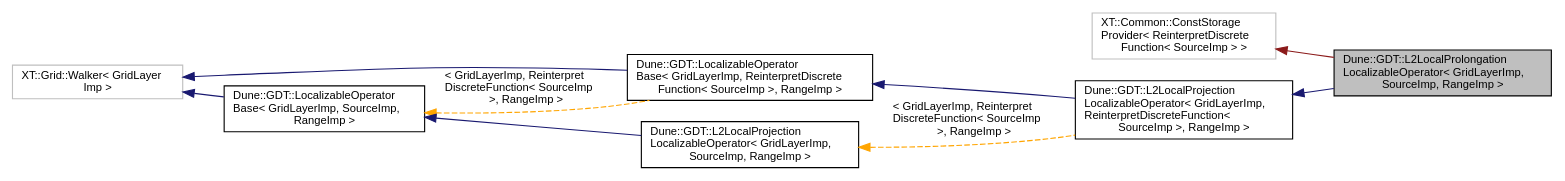
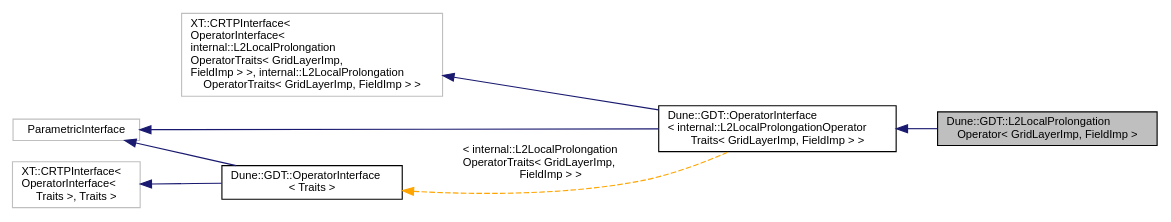
One commit to dune-community/dune-community.github.io changed the diagram in docs/dune-gdt/master/a02356.dot. Above: the diagram before and after it, drawn with Graphviz. The commit also changed 1982 other files, not shown here.

Commit message:
Updated documentation for dune-gdt master

```diff
--- a/docs/dune-gdt/master/a02356.dot
+++ b/docs/dune-gdt/master/a02356.dot
@@ -1,21 +1,18 @@
-digraph "Dune::GDT::L2LocalProlongationLocalizableOperator&lt; GridLayerImp, SourceImp, RangeImp &gt;"
+digraph "Dune::GDT::L2LocalProlongationOperator&lt; GridLayerImp, FieldImp &gt;"
 {
   edge [fontname="Helvetica",fontsize="10",labelfontname="Helvetica",labelfontsize="10"];
   node [fontname="Helvetica",fontsize="10",shape=record];
   rankdir="LR";
-  Node0 [label="Dune::GDT::L2LocalProlongation\lLocalizableOperator\< GridLayerImp,\l SourceImp, RangeImp \>",height=0.2,width=0.4,color="black", fillcolor="grey75", style="filled", fontcolor="black"];
-  Node1 -> Node0 [dir="back",color="firebrick4",fontsize="10",style="solid",fontname="Helvetica"];
-  Node1 [label="XT::Common::ConstStorage\lProvider\< ReinterpretDiscrete\lFunction\< SourceImp \> \>",height=0.2,width=0.4,color="grey75", fillcolor="white", style="filled"];
-  Node2 -> Node0 [dir="back",color="midnightblue",fontsize="10",style="solid",fontname="Helvetica"];
-  Node2 [label="Dune::GDT::L2LocalProjection\lLocalizableOperator\< GridLayerImp,\l ReinterpretDiscreteFunction\<\l SourceImp \>, RangeImp \>",height=0.2,width=0.4,color="black", fillcolor="white", style="filled",URL="$a02281.html"];
-  Node3 -> Node2 [dir="back",color="midnightblue",fontsize="10",style="solid",fontname="Helvetica"];
-  Node3 [label="Dune::GDT::LocalizableOperator\lBase\< GridLayerImp, ReinterpretDiscrete\lFunction\< SourceImp \>, RangeImp \>",height=0.2,width=0.4,color="black", fillcolor="white", style="filled",URL="$a01789.html"];
-  Node4 -> Node3 [dir="back",color="midnightblue",fontsize="10",style="solid",fontname="Helvetica"];
-  Node4 [label="XT::Grid::Walker\< GridLayer\lImp \>",height=0.2,width=0.4,color="grey75", fillcolor="white", style="filled"];
-  Node5 -> Node3 [dir="back",color="orange",fontsize="10",style="dashed",label=" \< GridLayerImp, Reinterpret\lDiscreteFunction\< SourceImp\l \>, RangeImp \>" ,fontname="Helvetica"];
-  Node5 [label="Dune::GDT::LocalizableOperator\lBase\< GridLayerImp, SourceImp,\l RangeImp \>",height=0.2,width=0.4,color="black", fillcolor="white", style="filled",URL="$a01789.html"];
-  Node4 -> Node5 [dir="back",color="midnightblue",fontsize="10",style="solid",fontname="Helvetica"];
-  Node6 -> Node2 [dir="back",color="orange",fontsize="10",style="dashed",label=" \< GridLayerImp, Reinterpret\lDiscreteFunction\< SourceImp\l \>, RangeImp \>" ,fontname="Helvetica"];
-  Node6 [label="Dune::GDT::L2LocalProjection\lLocalizableOperator\< GridLayerImp,\l SourceImp, RangeImp \>",height=0.2,width=0.4,color="black", fillcolor="white", style="filled",URL="$a02281.html"];
-  Node5 -> Node6 [dir="back",color="midnightblue",fontsize="10",style="solid",fontname="Helvetica"];
+  Node0 [label="Dune::GDT::L2LocalProlongation\lOperator\< GridLayerImp, FieldImp \>",height=0.2,width=0.4,color="black", fillcolor="grey75", style="filled", fontcolor="black"];
+  Node1 -> Node0 [dir="back",color="midnightblue",fontsize="10",style="solid",fontname="Helvetica"];
+  Node1 [label="Dune::GDT::OperatorInterface\l\< internal::L2LocalProlongationOperator\lTraits\< GridLayerImp, FieldImp \> \>",height=0.2,width=0.4,color="black", fillcolor="white", style="filled",URL="$a02117.html"];
+  Node2 -> Node1 [dir="back",color="midnightblue",fontsize="10",style="solid",fontname="Helvetica"];
+  Node2 [label="XT::CRTPInterface\<\l OperatorInterface\<\l internal::L2LocalProlongation\lOperatorTraits\< GridLayerImp,\l FieldImp \> \>, internal::L2LocalProlongation\lOperatorTraits\< GridLayerImp, FieldImp \> \>",height=0.2,width=0.4,color="grey75", fillcolor="white", style="filled"];
+  Node3 -> Node1 [dir="back",color="midnightblue",fontsize="10",style="solid",fontname="Helvetica"];
+  Node3 [label="ParametricInterface",height=0.2,width=0.4,color="grey75", fillcolor="white", style="filled"];
+  Node4 -> Node1 [dir="back",color="orange",fontsize="10",style="dashed",label=" \< internal::L2LocalProlongation\lOperatorTraits\< GridLayerImp,\l FieldImp \> \>" ,fontname="Helvetica"];
+  Node4 [label="Dune::GDT::OperatorInterface\l\< Traits \>",height=0.2,width=0.4,color="black", fillcolor="white", style="filled",URL="$a02117.html"];
+  Node5 -> Node4 [dir="back",color="midnightblue",fontsize="10",style="solid",fontname="Helvetica"];
+  Node5 [label="XT::CRTPInterface\<\l OperatorInterface\<\l Traits \>, Traits \>",height=0.2,width=0.4,color="grey75", fillcolor="white", style="filled"];
+  Node3 -> Node4 [dir="back",color="midnightblue",fontsize="10",style="solid",fontname="Helvetica"];
 }
```
